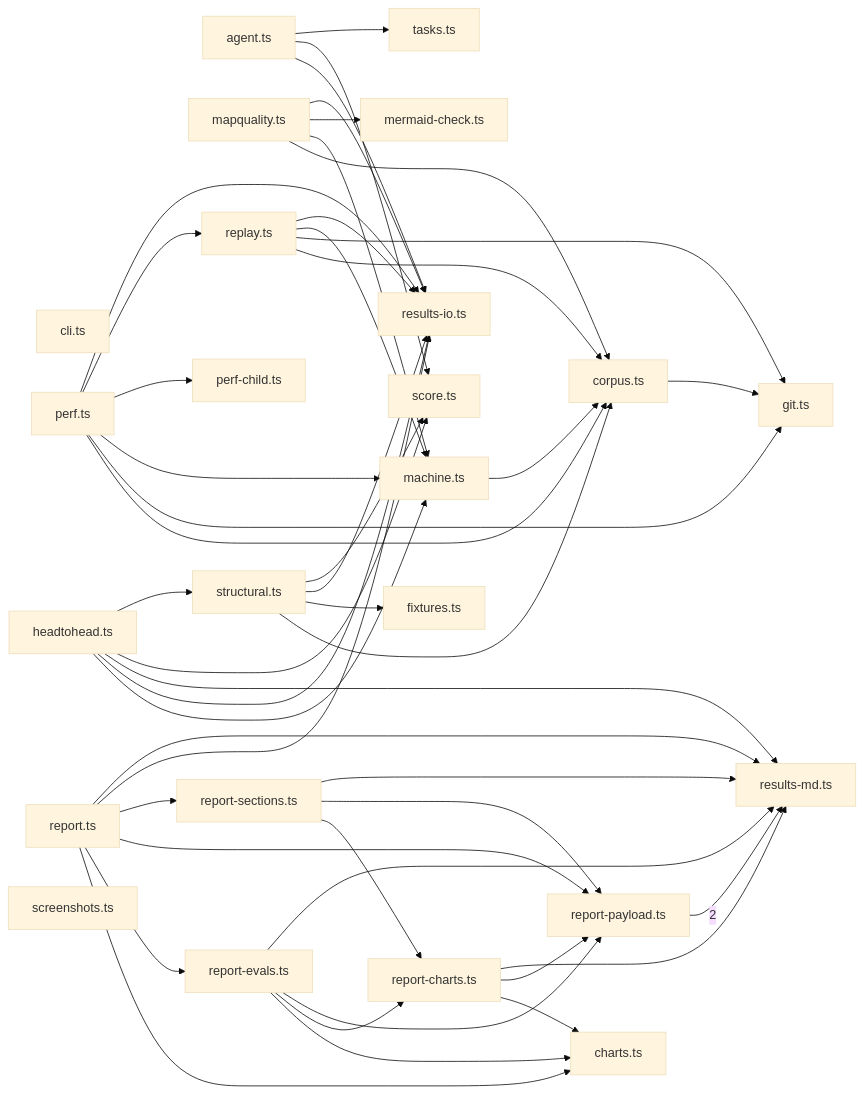
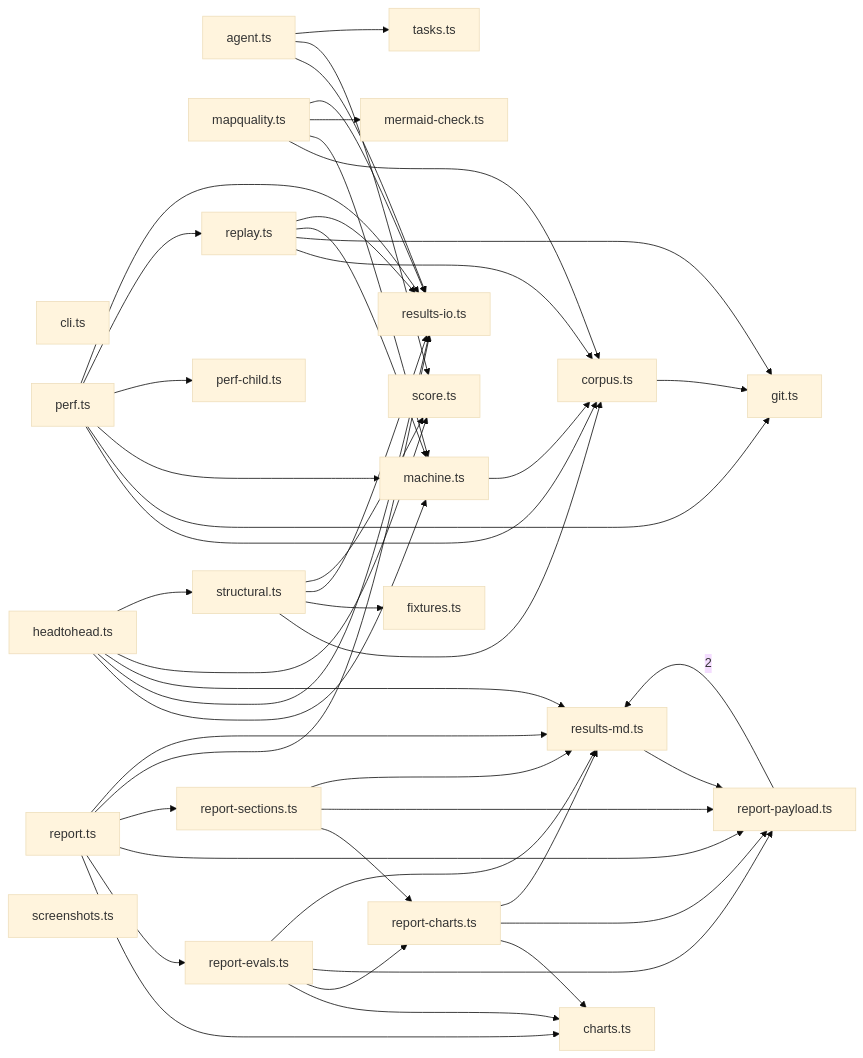
The fifth of 6 diagrams in .greplost/packages/greplost__bench/MAP.md (sns45/greplost), drawn with Mermaid (base theme) before and after one commit. The commit also changed other lines of this file and 67 other files, not shown here.

````diff
--- a/.greplost/packages/greplost__bench/MAP.md
+++ b/.greplost/packages/greplost__bench/MAP.md
@@ -207,72 +207,73 @@
 ```mermaid
 graph LR
   bench_src_agent_ts["agent.ts"]
   bench_src_charts_ts["charts.ts"]
   bench_src_cli_ts["cli.ts"]
   bench_src_corpus_ts["corpus.ts"]
   bench_src_fixtures_ts["fixtures.ts"]
   bench_src_git_ts["git.ts"]
   bench_src_headtohead_ts["headtohead.ts"]
   bench_src_machine_ts["machine.ts"]
   bench_src_mapquality_ts["mapquality.ts"]
   bench_src_mermaid_check_ts["mermaid-check.ts"]
   bench_src_perf_child_ts["perf-child.ts"]
   bench_src_perf_ts["perf.ts"]
   bench_src_replay_ts["replay.ts"]
   bench_src_report_charts_ts["report-charts.ts"]
   bench_src_report_evals_ts["report-evals.ts"]
   bench_src_report_payload_ts["report-payload.ts"]
   bench_src_report_sections_ts["report-sections.ts"]
   bench_src_report_ts["report.ts"]
   bench_src_results_io_ts["results-io.ts"]
   bench_src_results_md_ts["results-md.ts"]
   bench_src_score_ts["score.ts"]
   bench_src_screenshots_ts["screenshots.ts"]
   bench_src_structural_ts["structural.ts"]
   bench_src_tasks_ts["tasks.ts"]
   bench_src_agent_ts --> bench_src_results_io_ts
   bench_src_agent_ts --> bench_src_score_ts
   bench_src_agent_ts --> bench_src_tasks_ts
   bench_src_corpus_ts --> bench_src_git_ts
   bench_src_headtohead_ts --> bench_src_machine_ts
   bench_src_headtohead_ts --> bench_src_results_io_ts
   bench_src_headtohead_ts --> bench_src_results_md_ts
   bench_src_headtohead_ts --> bench_src_score_ts
   bench_src_headtohead_ts --> bench_src_structural_ts
   bench_src_machine_ts --> bench_src_corpus_ts
   bench_src_mapquality_ts --> bench_src_corpus_ts
   bench_src_mapquality_ts --> bench_src_machine_ts
   bench_src_mapquality_ts --> bench_src_mermaid_check_ts
   bench_src_mapquality_ts --> bench_src_results_io_ts
   bench_src_perf_ts --> bench_src_corpus_ts
   bench_src_perf_ts --> bench_src_git_ts
   bench_src_perf_ts --> bench_src_machine_ts
   bench_src_perf_ts --> bench_src_perf_child_ts
   bench_src_perf_ts --> bench_src_replay_ts
   bench_src_perf_ts --> bench_src_results_io_ts
   bench_src_replay_ts --> bench_src_corpus_ts
   bench_src_replay_ts --> bench_src_git_ts
   bench_src_replay_ts --> bench_src_machine_ts
   bench_src_replay_ts --> bench_src_results_io_ts
   bench_src_report_charts_ts --> bench_src_charts_ts
   bench_src_report_charts_ts --> bench_src_report_payload_ts
   bench_src_report_charts_ts --> bench_src_results_md_ts
   bench_src_report_evals_ts --> bench_src_charts_ts
   bench_src_report_evals_ts --> bench_src_report_charts_ts
   bench_src_report_evals_ts --> bench_src_report_payload_ts
   bench_src_report_evals_ts --> bench_src_results_md_ts
   bench_src_report_payload_ts -->|2| bench_src_results_md_ts
   bench_src_report_sections_ts --> bench_src_report_charts_ts
   bench_src_report_sections_ts --> bench_src_report_payload_ts
   bench_src_report_sections_ts --> bench_src_results_md_ts
   bench_src_report_ts --> bench_src_charts_ts
   bench_src_report_ts --> bench_src_report_evals_ts
   bench_src_report_ts --> bench_src_report_payload_ts
   bench_src_report_ts --> bench_src_report_sections_ts
   bench_src_report_ts --> bench_src_results_io_ts
   bench_src_report_ts --> bench_src_results_md_ts
+  bench_src_results_md_ts --> bench_src_report_payload_ts
   bench_src_structural_ts --> bench_src_corpus_ts
   bench_src_structural_ts --> bench_src_fixtures_ts
   bench_src_structural_ts --> bench_src_results_io_ts
   bench_src_structural_ts --> bench_src_score_ts
 ```
````
